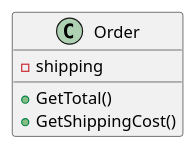
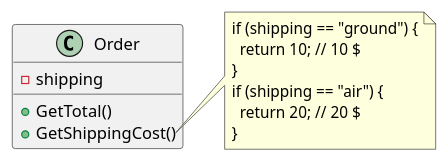
Before and after one commit to ildarca/DesignPatternsOOP: the third of 8 diagrams in design_patterns.md, drawn with PlantUML. The commit also changed other lines of this file, not shown here.

````diff
--- a/design_patterns.md
+++ b/design_patterns.md
@@ -64,7 +68,17 @@
 ```plantuml
 class Order {
   - shipping
   + GetTotal()
   + GetShippingCost()
 }
+
+note right of Order::GetShippingCost()
+  if (shipping == "ground") {
+    return 10; // 10 $
+  }
+  if (shipping == "air") {
+    return 20; // 20 $
+  }
+end note
+
 ```
````
